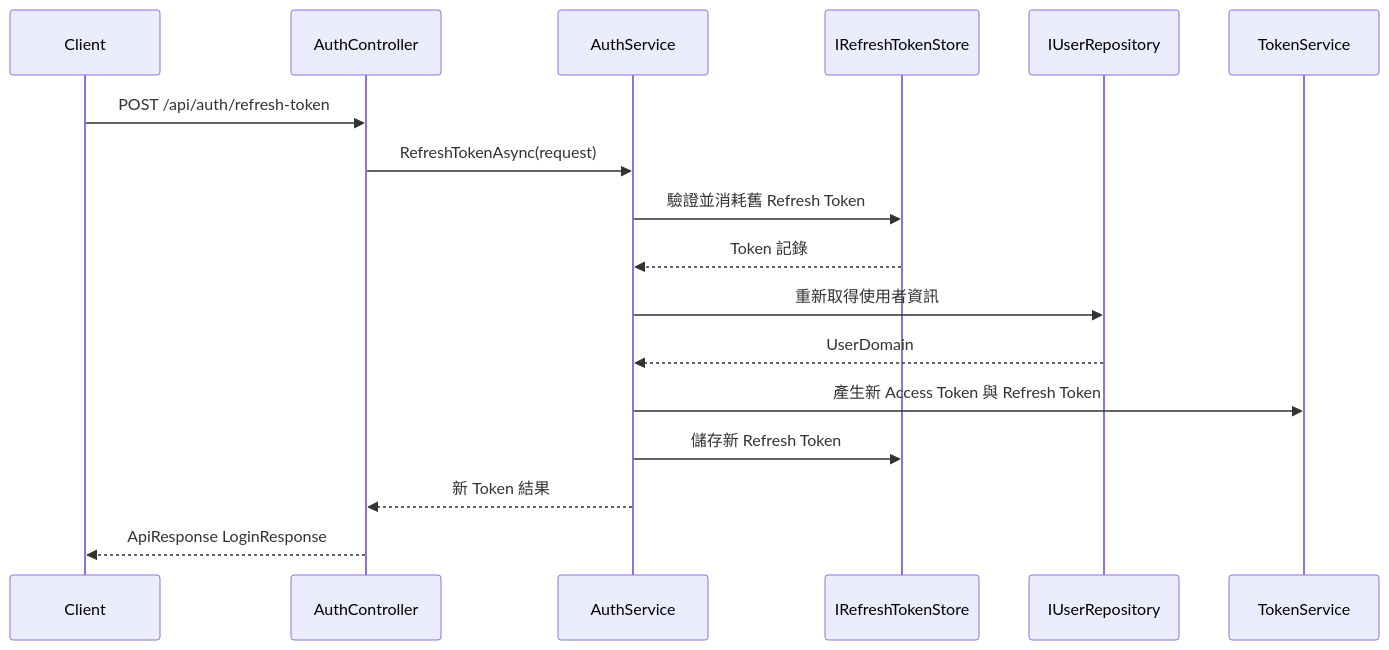
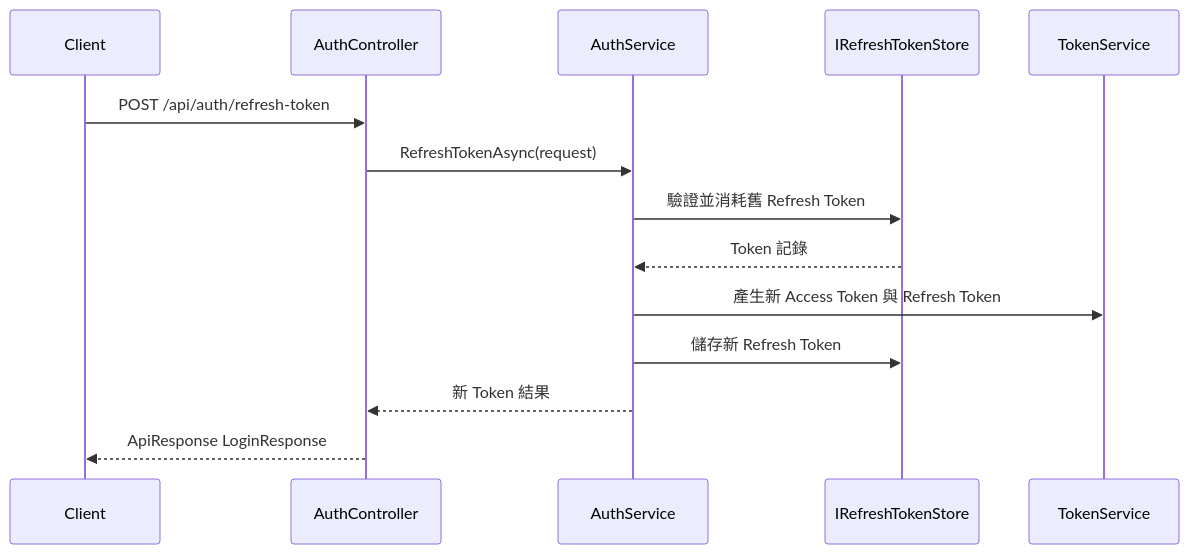
Before and after one commit to rexmax1018/B2B_API: diagram 13 of 20 in README.md, drawn with Mermaid. The commit also changed other lines of this file and 44 other files, not shown here.

````diff
--- a/README.md
+++ b/README.md
@@ -476,20 +483,17 @@
 ```mermaid
 sequenceDiagram
     participant Client as Client
     participant Controller as AuthController
     participant Auth as AuthService
     participant Store as IRefreshTokenStore
-    participant Repo as IUserRepository
     participant Token as TokenService
 
     Client->>Controller: POST /api/auth/refresh-token
     Controller->>Auth: RefreshTokenAsync(request)
     Auth->>Store: 驗證並消耗舊 Refresh Token
     Store-->>Auth: Token 記錄
-    Auth->>Repo: 重新取得使用者資訊
-    Repo-->>Auth: UserDomain
     Auth->>Token: 產生新 Access Token 與 Refresh Token
     Auth->>Store: 儲存新 Refresh Token
     Auth-->>Controller: 新 Token 結果
     Controller-->>Client: ApiResponse LoginResponse
 ```
````
